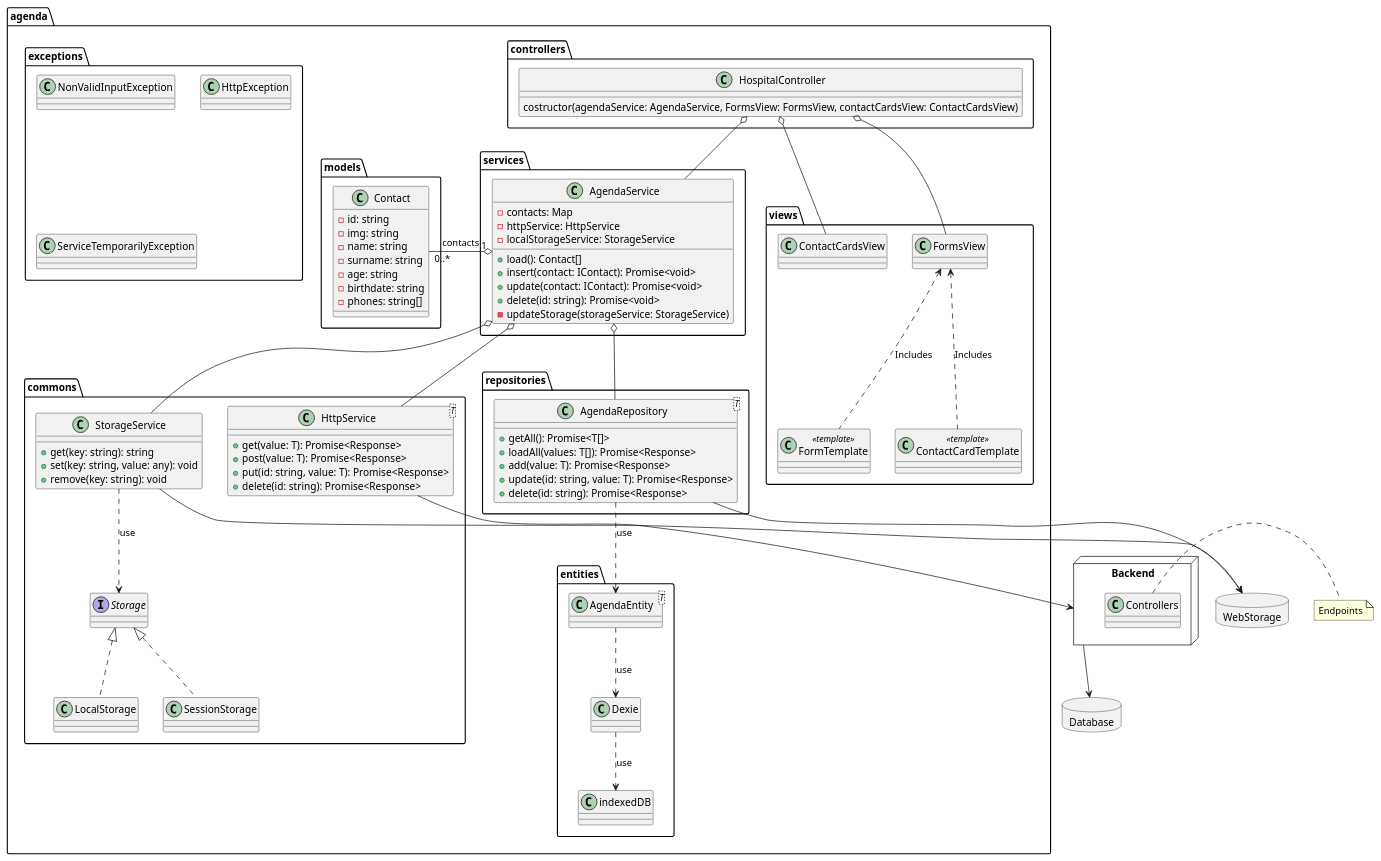
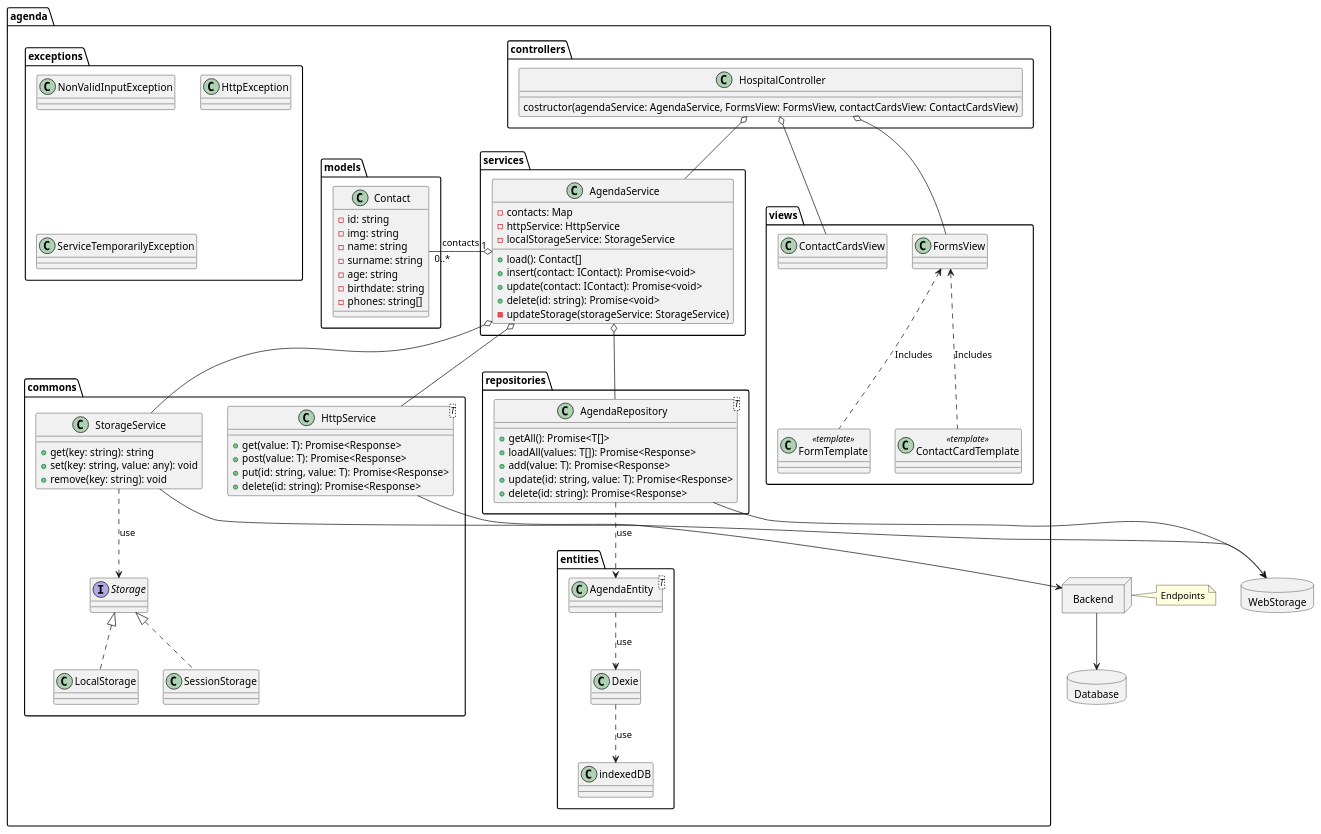
One commit to raulwwq0/Agenda-TypeScript changed the diagram in docs/uml/client.puml. Above: the diagram before and after it, drawn with PlantUML. The commit also changed 1 other file, not shown here.

Commit message:
docs: refactor both uml

```diff
--- a/docs/uml/client.puml
+++ b/docs/uml/client.puml
@@ -1,128 +1,125 @@
 @startuml Client
-
-package Database <<Database>> {
-
-}
-node Backend {
-    class Controllers{}
-}
-note right: Endpoints
-
-Backend --> Database
+allowmixing
 
 package agenda {
 
 
     package commons {
 
         class HttpService<T>{
             + get(value: T): Promise<Response>
             + post(value: T): Promise<Response>
             + put(id: string, value: T): Promise<Response>
             + delete(id: string): Promise<Response>
         }
 
         class StorageService {
             + get(key: string): string
             + set(key: string, value: any): void
             + remove(key: string): void
         }
 
         interface Storage {}
 
         class LocalStorage implements Storage {}
         class SessionStorage implements Storage {}
 
         StorageService -[dashed]-> Storage: "use"
 
     }
 
     package services {
         class AgendaService {
 
             - contacts: Map
             - httpService: HttpService
             - localStorageService: StorageService
             + load(): Contact[]
             + insert(contact: IContact): Promise<void>
             + update(contact: IContact): Promise<void>
             + delete(id: string): Promise<void>
             - updateStorage(storageService: StorageService)
         }
 
         AgendaService o-- HttpService
         AgendaService o-- StorageService
     }
 
 
     package views {
         class ContactCardsView{}
         class FormsView{}
         class FormTemplate<<template>> {}
         class ContactCardTemplate<<template>> {}
 
         FormsView <.. FormTemplate: "Includes"
         FormsView <.. ContactCardTemplate: "Includes"
     }
     package controllers {
         class HospitalController {
             costructor(agendaService: AgendaService, FormsView: FormsView, contactCardsView: ContactCardsView)
 
         }
 
         HospitalController o-- AgendaService
         HospitalController o-- FormsView
         HospitalController o-- ContactCardsView
     }
     package models {
 
 
         class Contact {
             - id: string
             - img: string
             - name: string
             - surname: string
             - age: string
             - birthdate: string
             - phones: string[]
         }
 
 
         AgendaService "1" o- "0..*" Contact : contacts
     }
     package exceptions {
         class NonValidInputException{}
         class HttpException{}
         class ServiceTemporarilyException{}
     }
 
     package entities {
         class AgendaEntity<T>{}
 
         AgendaEntity -[dashed]-> Dexie: "use"
         Dexie -[dashed]-> indexedDB: "use"
     }
 
     package repositories {
         class AgendaRepository<T>{
             + getAll(): Promise<T[]>
             + loadAll(values: T[]): Promise<Response>
             + add(value: T): Promise<Response>
             + update(id: string, value: T): Promise<Response>
             + delete(id: string): Promise<Response>
         }
 
         AgendaRepository -[dashed]-> AgendaEntity: "use"
         AgendaService o-- AgendaRepository
     }
 
 }
 
-package WebStorage <<Database>> {
+database WebStorage
 
-}
+database Database
+
+node Backend
+
+note right: Endpoints
+
+Backend --> Database
 
 AgendaRepository --> WebStorage
 StorageService --> WebStorage
 HttpService --> Backend
 @enduml
```
